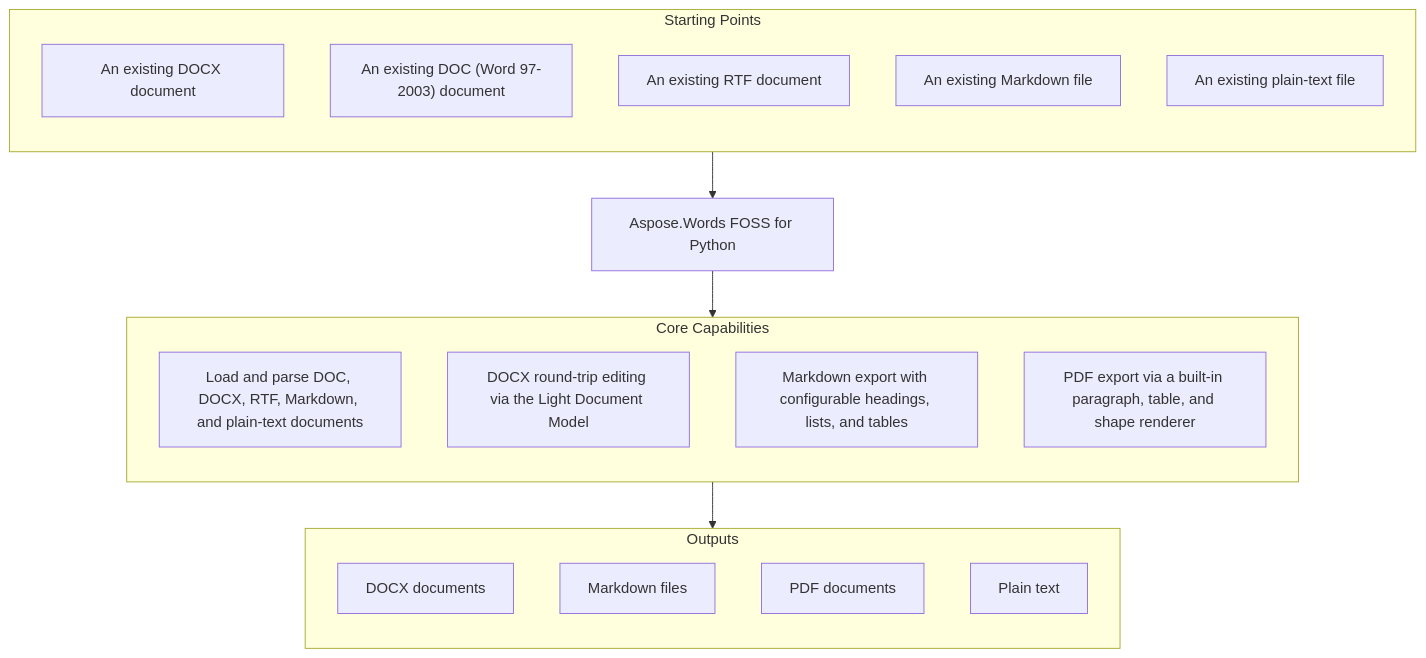
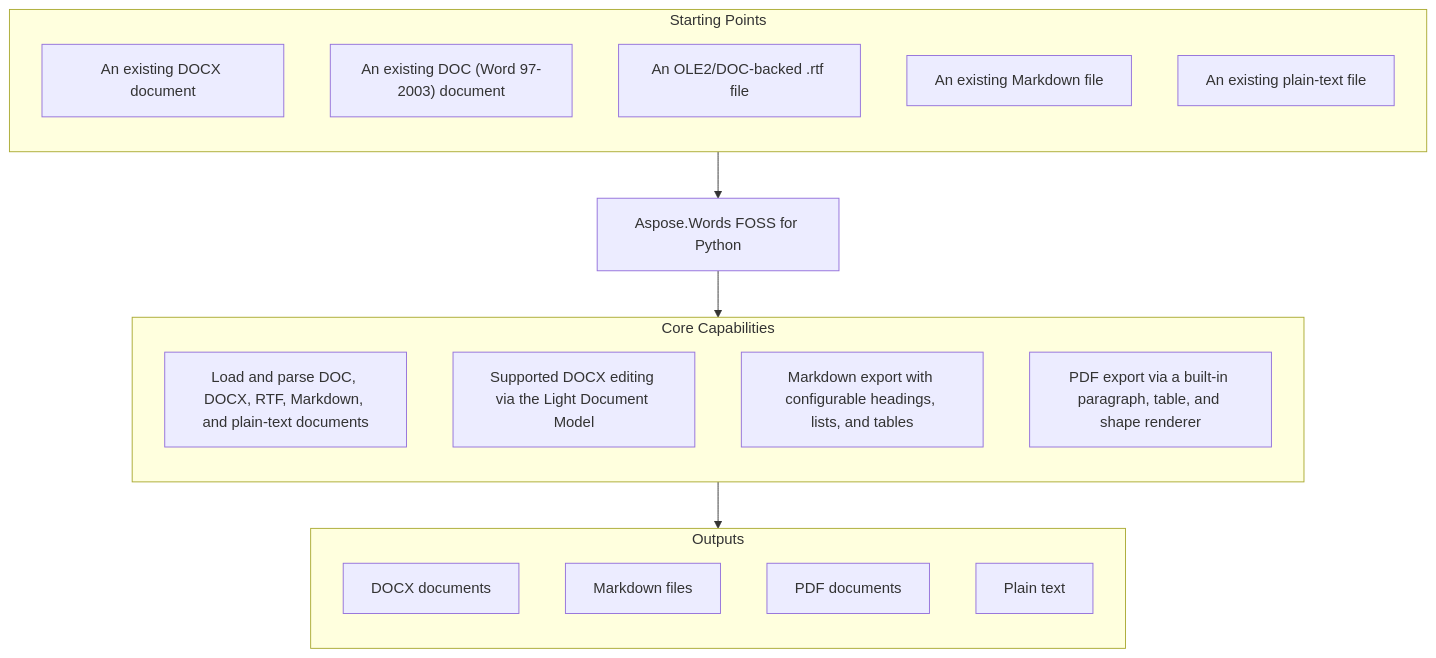
The diagram in README.md (shenyankm/DocWeave), drawn with Mermaid before and after one commit. The commit also changed other lines of this file and 4 other files, not shown here.

````diff
--- a/README.md
+++ b/README.md
@@ -64,27 +66,27 @@
 ```mermaid
 flowchart TD
   subgraph StartingPoints["Starting Points"]
     direction TB
     i1["An existing DOCX document"]
     i2["An existing DOC (Word 97-2003) document"]
-    i3["An existing RTF document"]
+    i3["An OLE2/DOC-backed .rtf file"]
     i4["An existing Markdown file"]
     i5["An existing plain-text file"]
   end
   PRODUCT["Aspose.Words FOSS for Python"]
   subgraph Capabilities["Core Capabilities"]
     direction TB
     c1["Load and parse DOC, DOCX, RTF, Markdown, and plain-text documents"]
-    c2["DOCX round-trip editing via the Light Document Model"]
+    c2["Supported DOCX editing via the Light Document Model"]
     c3["Markdown export with configurable headings, lists, and tables"]
     c4["PDF export via a built-in paragraph, table, and shape renderer"]
   end
   subgraph Outputs["Outputs"]
     direction TB
     o1["DOCX documents"]
     o2["Markdown files"]
     o3["PDF documents"]
     o4["Plain text"]
   end
   StartingPoints --> PRODUCT --> Capabilities --> Outputs
 ```
````
